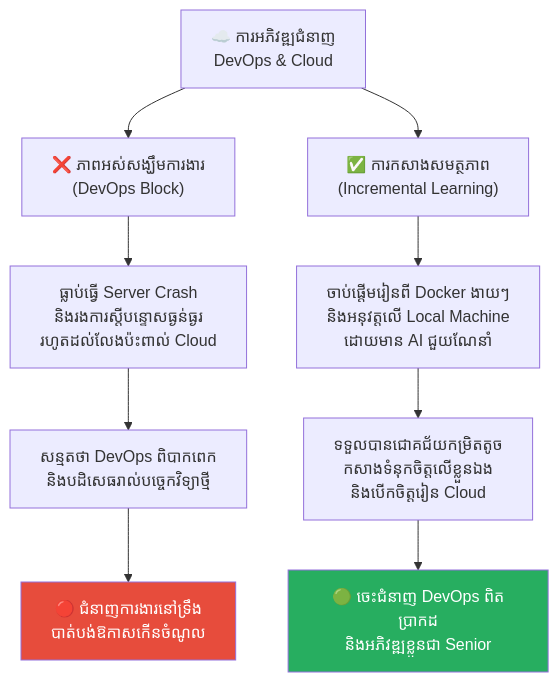
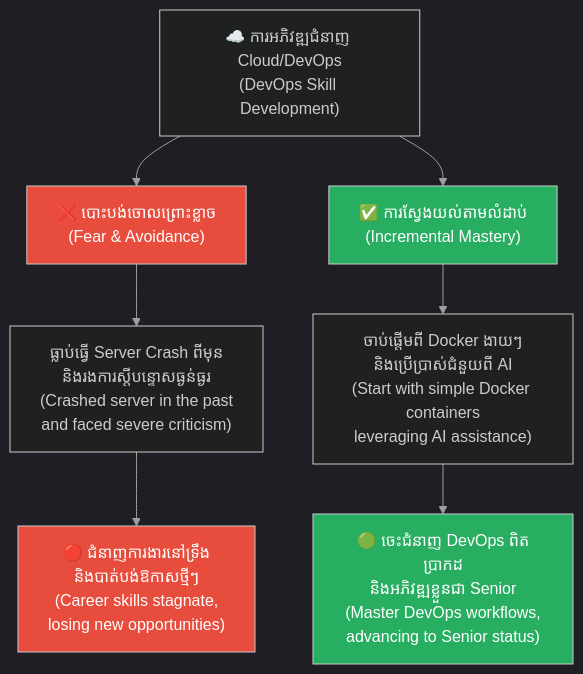
Before and after one commit to GuideStack/iblogger-feeds: the second of 5 diagrams in feeds/concepts/articles/08-learned-helplessness.md, drawn with Mermaid. The commit also changed other lines of this file, not shown here.

Commit message:
docs: upgrade 08-learned-helplessness.md to bilingual layout and styled diagrams

````diff
--- a/feeds/concepts/articles/08-learned-helplessness.md
+++ b/feeds/concepts/articles/08-learned-helplessness.md
@@ -94,16 +151,25 @@
 ```mermaid
+%%{init: {
+  'theme': 'dark',
+  'themeVariables': {
+    'background': '#1e1e1e',
+    'primaryTextColor': '#ffffff',
+    'lineColor': '#a0a0a0'
+  },
+  'themeCSS': 'svg { background-color: #1e1e1e !important; padding: 1rem !important; border-radius: 8px !important; } .edgeLabel rect { fill: #1e1e1e !important; } text, tspan { fill: #ffffff !important; }'
+}}%%
 graph TD
-    A["☁️ ការអភិវឌ្ឍជំនាញ<br/>DevOps & Cloud"] --> B1["❌ ភាពអស់សង្ឃឹមការងារ<br/>(DevOps Block)"]
-    A --> B2["✅ ការកសាងសមត្ថភាព<br/>(Incremental Learning)"]
-    
-    B1 --> C1["ធ្លាប់ធ្វើ Server Crash<br/>និងរងការស្តីបន្ទោសធ្ងន់ធ្ងរ<br/>រហូតដល់លែងប៉ះពាល់ Cloud"]
-    C1 --> D1["សន្មតថា DevOps ពិបាកពេក<br/>និងបដិសេធរាល់បច្ចេកវិទ្យាថ្មី"]
-    D1 --> E1["🔴 ជំនាញការងារនៅទ្រឹង<br/>បាត់បង់ឱកាសកើនចំណូល"]
-    
-    B2 --> C2["ចាប់ផ្តើមរៀនពី Docker ងាយៗ<br/>និងអនុវត្តលើ Local Machine<br/>ដោយមាន AI ជួយណែនាំ"]
-    C2 --> D2["ទទួលបានជោគជ័យកម្រិតតូច<br/>កសាងទំនុកចិត្តលើខ្លួនឯង<br/>និងបើកចិត្តរៀន Cloud"]
-    D2 --> E2["🟢 ចេះជំនាញ DevOps ពិតប្រាកដ<br/>និងអភិវឌ្ឍខ្លួនជា Senior"]
+    A["☁️ ការអភិវឌ្ឍជំនាញ Cloud/DevOps<br/>(DevOps Skill Development)"] --> B1["❌ បោះបង់ចោលព្រោះខ្លាច<br/>(Fear & Avoidance)"]
+    A --> B2["✅ ការស្វែងយល់តាមលំដាប់<br/>(Incremental Mastery)"]
 
-    style E1 fill:#e74c3c,color:#fff
-    style E2 fill:#27ae60,color:#fff
+    B1 --> C1["ធ្លាប់ធ្វើ Server Crash ពីមុន<br/>និងរងការស្តីបន្ទោសធ្ងន់ធ្ងរ<br/>(Crashed server in the past<br/>and faced severe criticism)"]
+    C1 --> D1["🔴 ជំនាញការងារនៅទ្រឹង<br/>និងបាត់បង់ឱកាសថ្មីៗ<br/>(Career skills stagnate,<br/>losing new opportunities)"]
+
+    B2 --> C2["ចាប់ផ្តើមពី Docker ងាយៗ<br/>និងប្រើប្រាស់ជំនួយពី AI<br/>(Start with simple Docker containers<br/>leveraging AI assistance)"]
+    C2 --> D2["🟢 ចេះជំនាញ DevOps ពិតប្រាកដ<br/>និងអភិវឌ្ឍខ្លួនជា Senior<br/>(Master DevOps workflows,<br/>advancing to Senior status)"]
+
+    style B1 fill:#e74c3c,color:#fff
+    style B2 fill:#27ae60,color:#fff
+    style D1 fill:#e74c3c,color:#fff
+    style D2 fill:#27ae60,color:#fff
 ```
````
